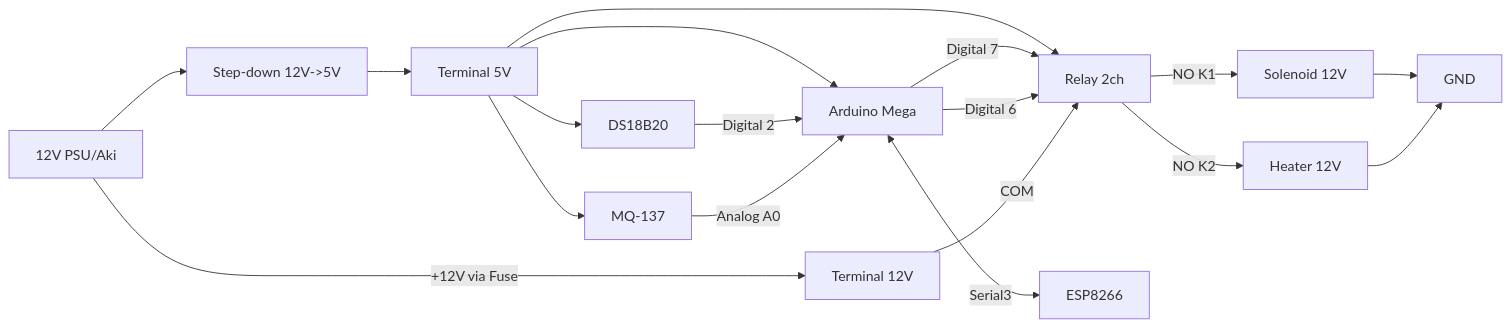
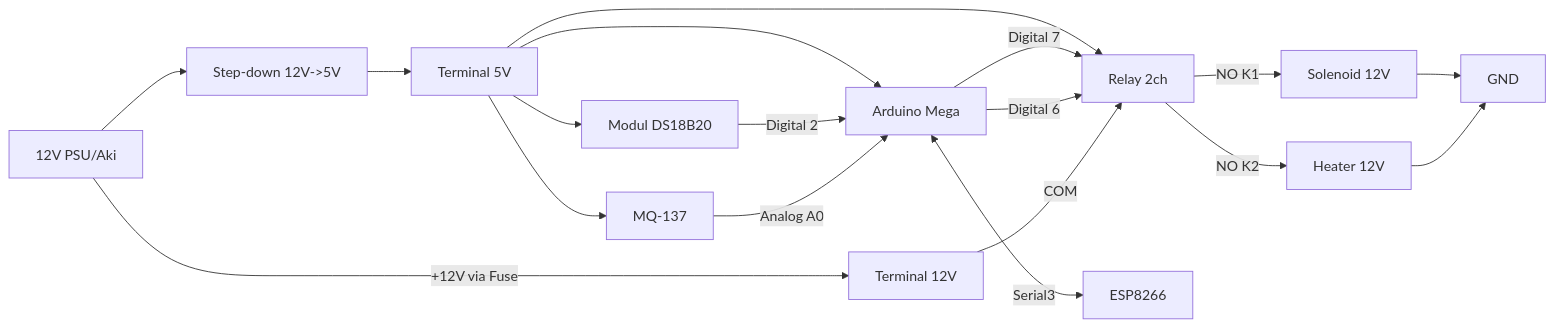
The diagram in docs/03-HARDWARE-AND-WIRING.md (FarrelGhozy/SIMOHE), drawn with Mermaid before and after one commit. The commit also changed other lines of this file and 24 other files, not shown here.

````diff
--- a/docs/03-HARDWARE-AND-WIRING.md
+++ b/docs/03-HARDWARE-AND-WIRING.md
@@ -124,20 +123,20 @@
 ```mermaid
 flowchart LR
     PSU["12V PSU/Aki"] -->|"+12V via Fuse"| T12["Terminal 12V"]
     PSU --> BD["Step-down 12V->5V"]
     BD --> T5["Terminal 5V"]
     T5 --> Mega["Arduino Mega"]
-    T5 --> DS["DS18B20"]
+    T5 --> DS["Modul DS18B20"]
     T5 --> MQ["MQ-137"]
     T5 --> RL["Relay 2ch"]
     DS -->|Digital 2| Mega
     MQ -->|Analog A0| Mega
     Mega -->|Digital 7| RL
     Mega -->|Digital 6| RL
     T12 -->|COM| RL
     RL -->|NO K1| VLV["Solenoid 12V"]
     RL -->|NO K2| HT["Heater 12V"]
     VLV --> GND
     HT --> GND
     Mega <-->|Serial3| ESP["ESP8266"]
 ```
````
